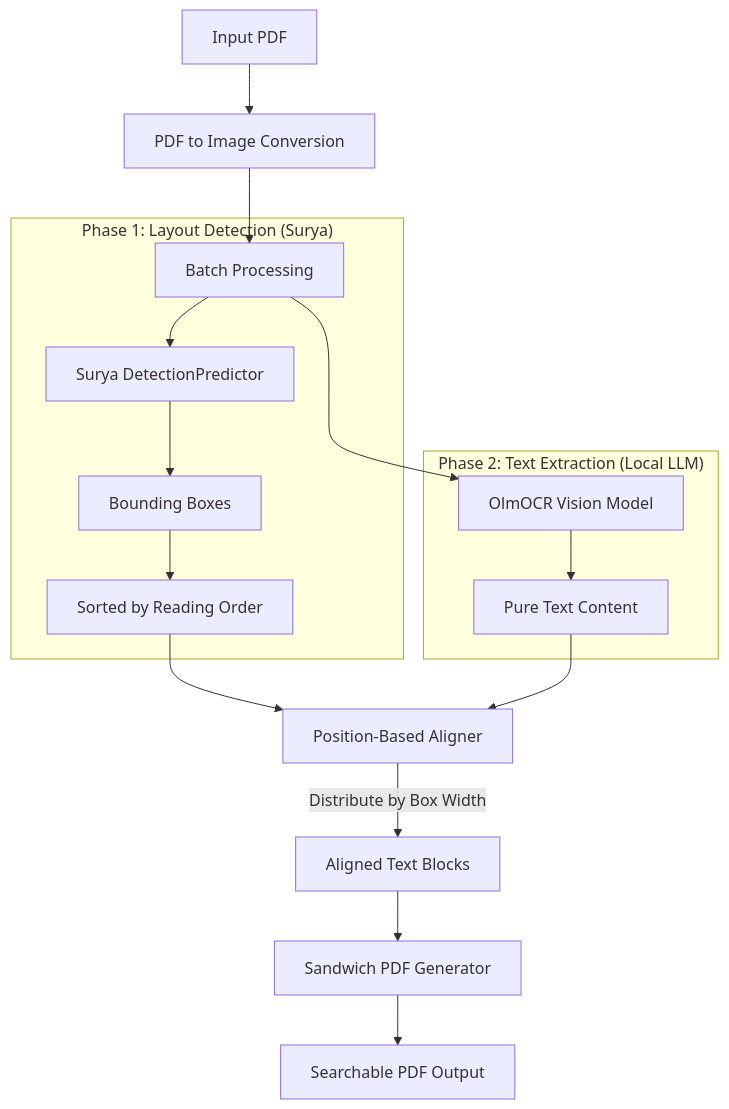
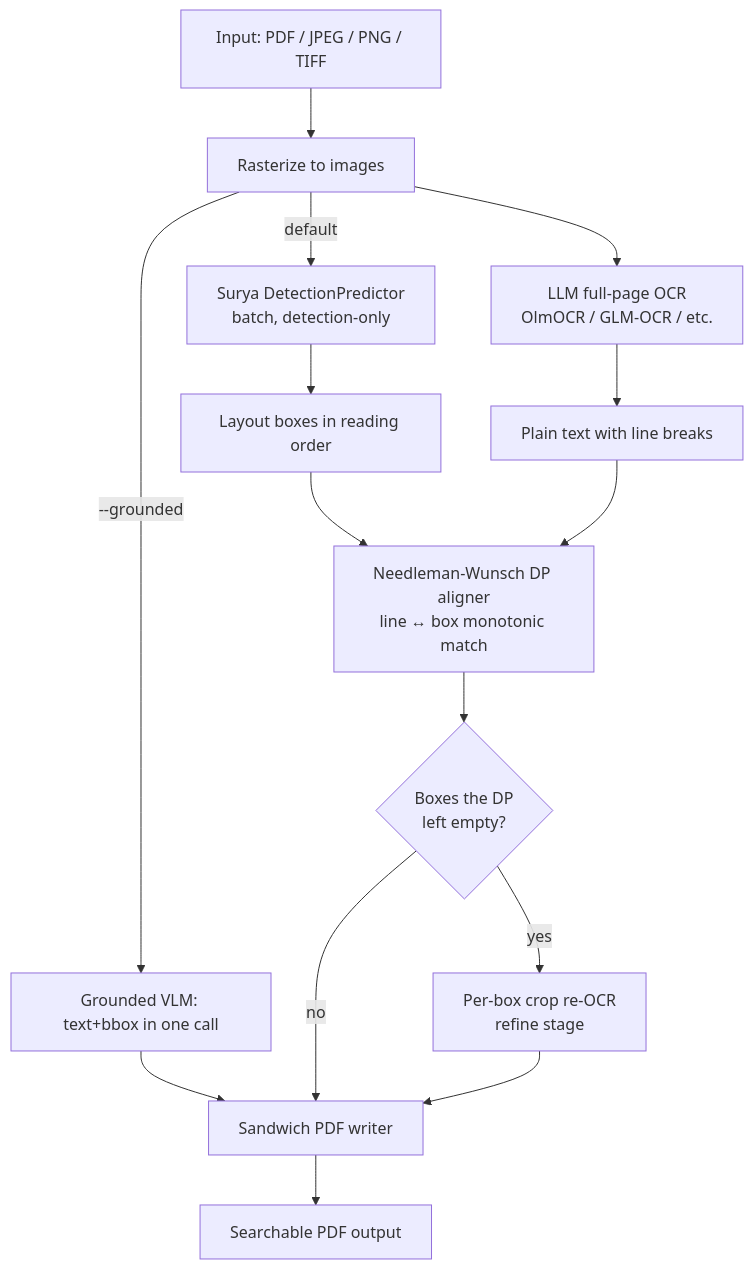
Before and after one commit to ahnafnafee/local-llm-pdf-ocr: the diagram in README.md, drawn with Mermaid. The commit also changed other lines of this file, not shown here.

````diff
--- a/README.md
+++ b/README.md
@@ -30,23 +34,18 @@
 ```mermaid
 graph TD
-    A[Input PDF] --> B[PDF to Image Conversion]
-    B --> C[Batch Processing]
+    A[Input: PDF / JPEG / PNG / TIFF] --> B[Rasterize to images]
+    B -->|--grounded| Z[Grounded VLM: text+bbox in one call]
+    Z --> EMB
 
-    subgraph "Phase 1: Layout Detection (Surya)"
-        C --> D[Surya DetectionPredictor]
-        D --> E[Bounding Boxes]
-        E --> F[Sorted by Reading Order]
-    end
-
-    subgraph "Phase 2: Text Extraction (Local LLM)"
-        C --> G[OlmOCR Vision Model]
-        G --> H[Pure Text Content]
-    end
-
-    F --> I[Position-Based Aligner]
-    H --> I
-
-    I -->|Distribute by Box Width| J[Aligned Text Blocks]
-    J --> K[Sandwich PDF Generator]
-    K --> L[Searchable PDF Output]
+    B -->|default| C[Surya DetectionPredictor<br/>batch, detection-only]
+    B --> D[LLM full-page OCR<br/>OlmOCR / GLM-OCR / etc.]
+    C --> E[Layout boxes in reading order]
+    D --> F[Plain text with line breaks]
+    E --> G[Needleman-Wunsch DP aligner<br/>line ↔ box monotonic match]
+    F --> G
+    G --> H{Boxes the DP<br/>left empty?}
+    H -->|yes| R[Per-box crop re-OCR<br/>refine stage]
+    H -->|no| EMB[Sandwich PDF writer]
+    R --> EMB
+    EMB --> L[Searchable PDF output]
 ```
````
